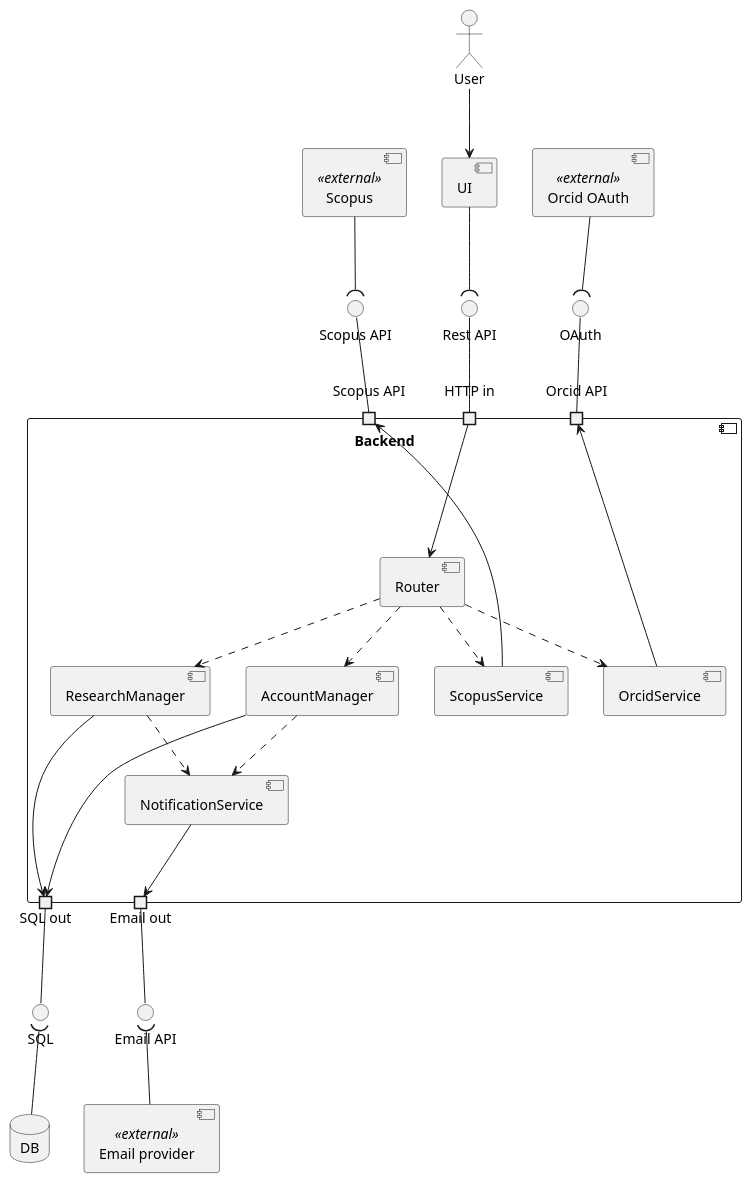
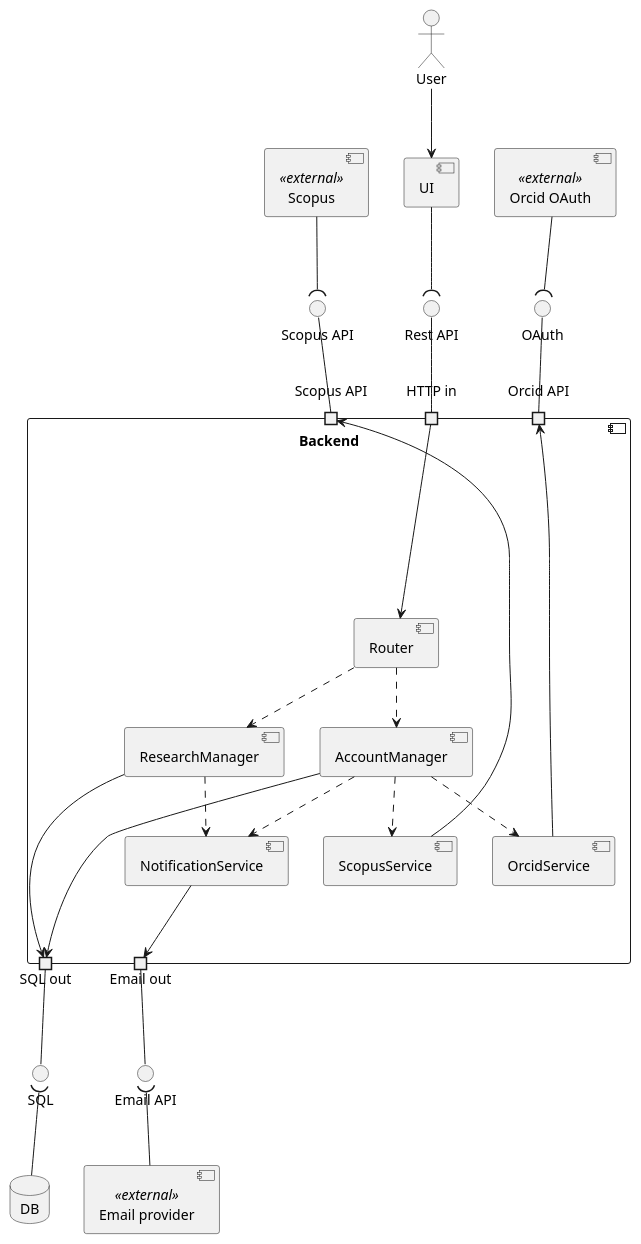
Before and after one commit to LenivyKrabik/KPI2: the diagram in Lab5/artifacts/component-diagram.puml, drawn with PlantUML. The commit also changed 1 other file, not shown here.

Commit message:
Fixed scopus and orcid services being connected to router

```diff
--- a/Lab5/artifacts/component-diagram.puml
+++ b/Lab5/artifacts/component-diagram.puml
@@ -1,66 +1,67 @@
 @startuml
 
 User as User
 [UI]
 [Orcid] as "Orcid OAuth" <<external>>
 [Scopus] as "Scopus" <<external>>
 [Email] as "Email provider" <<external>>
 component Backend {
   portin "HTTP in"
   portout "SQL out"
   portout "Email out"
   port "Orcid API"
   port "Scopus API"
 
   component Router
 
   component OrcidService
   component ScopusService
 
   component ResearchManager
   component AccountManager
   component NotificationService
 }
 database DB
 
 () EmailAPI as "Email API"
 () ScopusAPI as "Scopus API"
 () OrcidOAuth as "OAuth"
 () RestAPI as "Rest API"
 () SQL
 
 User --> UI
 
 UI --( RestAPI
 "HTTP in" -up- RestAPI
 
 "SQL out" -- SQL
 SQL )-- DB
 
 "Email out" -- EmailAPI
 EmailAPI )-- Email 
 
 "Orcid API" -up- OrcidOAuth
 OrcidOAuth )-up- Orcid
 
 "Scopus API" -up- ScopusAPI
 ScopusAPI )-up- Scopus
 
 
 "HTTP in" --> Router
-Router ..> OrcidService
-Router ..> ScopusService
 Router ..> ResearchManager
 Router ..> AccountManager
 
 ResearchManager ---> "SQL out"
 AccountManager ---> "SQL out"
 
 OrcidService --> "Orcid API"
 ScopusService --> "Scopus API"
 
 ResearchManager ..> NotificationService
 AccountManager ..> NotificationService
 NotificationService --> "Email out"
 
+AccountManager ..> OrcidService
+AccountManager ..> ScopusService
+
 @enduml
```
